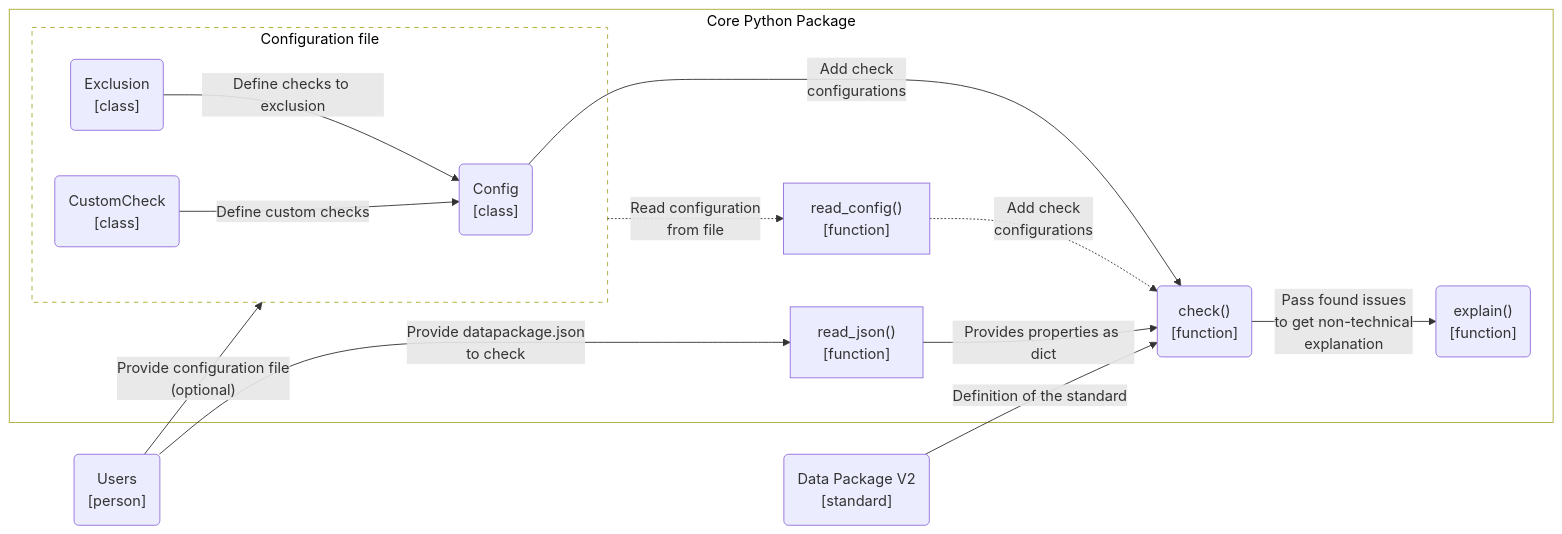
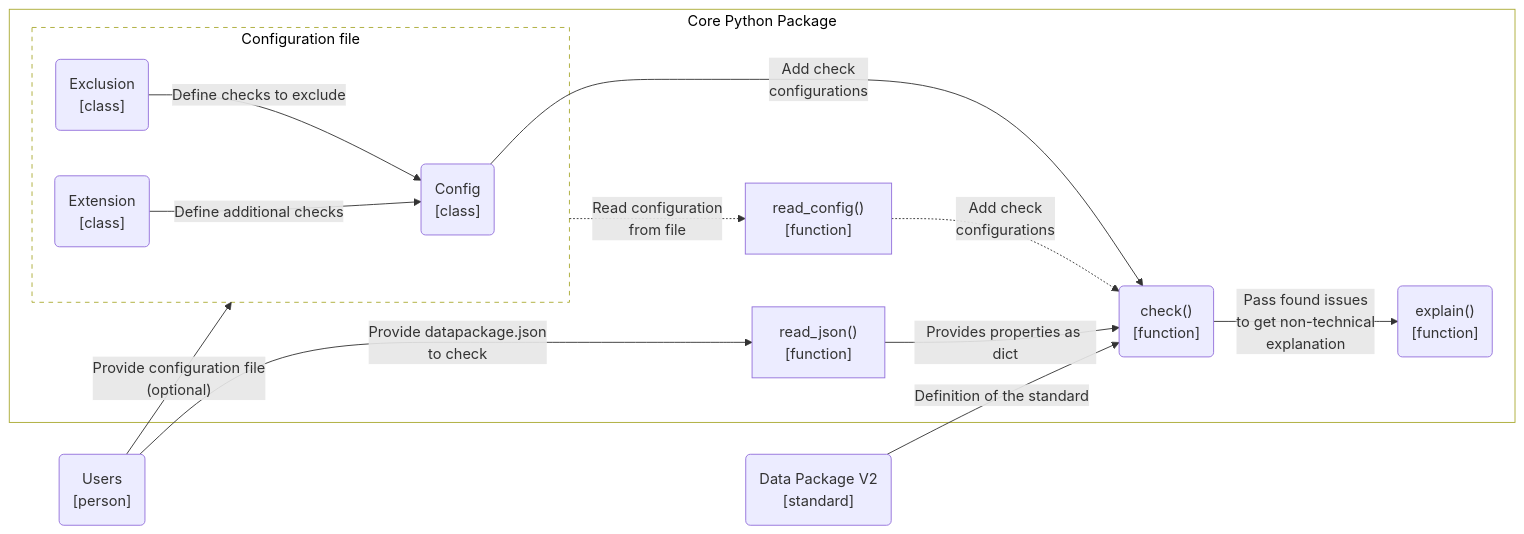
One commit to seedcase-project/check-datapackage changed the third of 3 diagrams in docs/design/architecture.qmd. Above: the diagram before and after it, drawn with Mermaid.

Commit message:
docs: :memo: change `CustomCheck` to `Extension` in C4 component/code

````diff
--- a/docs/design/architecture.qmd
+++ b/docs/design/architecture.qmd
@@ -165,40 +165,40 @@
 ```{mermaid}
 %%| label: fig-c4-component
 %%| fig-cap: "C4 component diagram showing the parts of the Python package and their connections."
 flowchart LR
 
     subgraph python_package["Core Python Package"]
 
         subgraph config_file["Configuration file"]
             config("Config<br>[class]")
             exclusion("Exclusion<br>[class]")
-            custom_check("CustomCheck<br>[class]")
+            extension("Extension<br>[class]")
         end
 
         read_config["read_config()<br>[function]"]
         read_json["read_json()<br>[function]"]
         check("check()<br>[function]")
         explain("explain()<br>[function]")
 
-        exclusion --"Define checks to exclusion"--> config
-        custom_check --"Define custom checks"--> config
+        exclusion --"Define checks to exclude"--> config
+        extension --"Define additional checks"--> config
         config_file -. "Read configuration<br>from file" .-> read_config
 
         read_json --"Provides properties as dict"--> check
         read_config -. "Add check<br>configurations" .-> check
         config --"Add check<br>configurations"--> check
 
         check --"Pass found issues<br>to get non-technical<br>explanation"--> explain
     end
 
     dp_standard("Data Package V2<br>[standard]")
     users("Users<br>[person]")
 
     dp_standard --"Definition of the standard"--> check
     users --"Provide datapackage.json<br>to check"--> read_json
     users --"Provide configuration file<br>(optional)"--> config_file
 
     %% Styling
     style python_package fill:#FFFFFF, color:#000000
     style config_file fill:#FFFFFF, color:#000000, stroke-dasharray: 5 5
 ```
````
